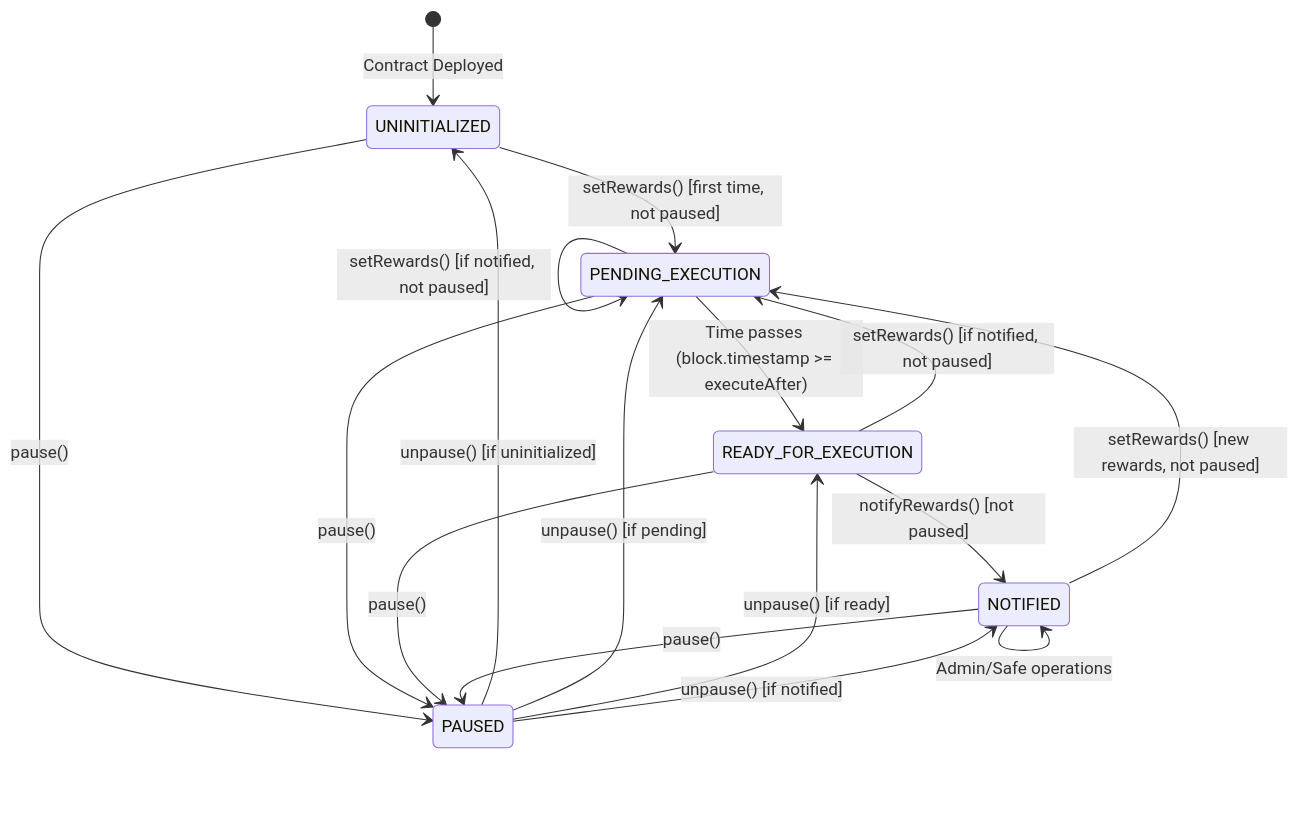
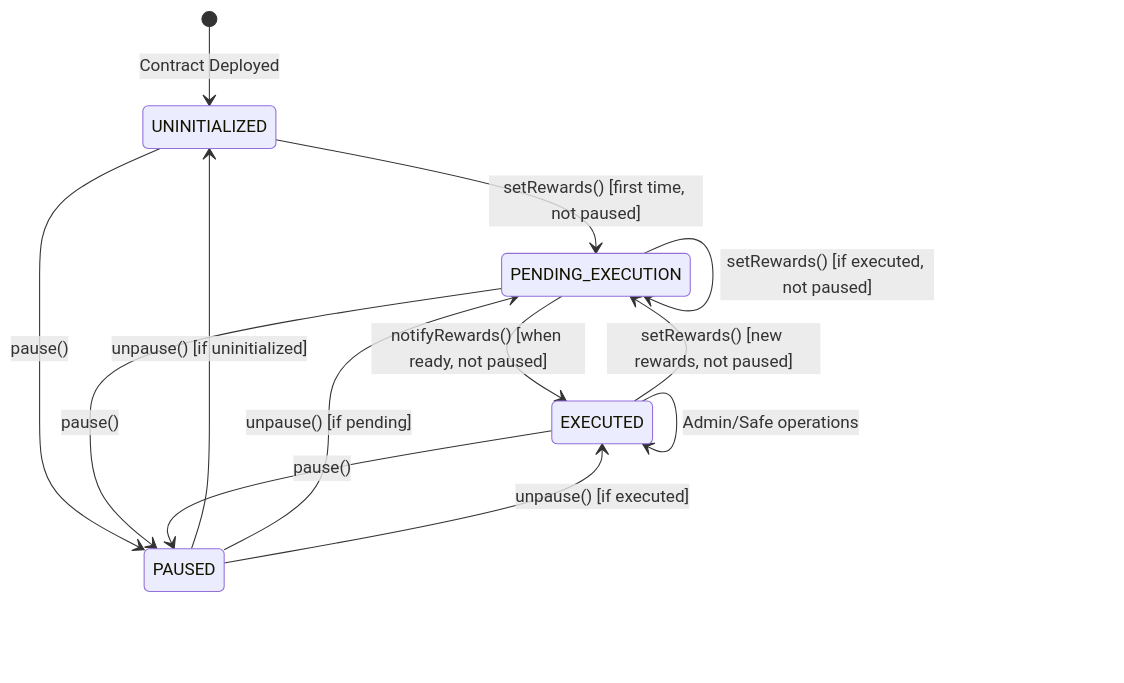
The diagram in docs/RewardsDistributorSafeModule_StateMachine.md (moonwell-fi/mamo-contracts), drawn with Mermaid before and after one commit. The commit also changed other lines of this file and 2 other files, not shown here.

````diff
--- a/docs/RewardsDistributorSafeModule_StateMachine.md
+++ b/docs/RewardsDistributorSafeModule_StateMachine.md
@@ -60,24 +50,19 @@
 ```mermaid
 stateDiagram-v2
     [*] --> UNINITIALIZED : Contract Deployed
     
     UNINITIALIZED --> PENDING_EXECUTION : setRewards() [first time, not paused]
     UNINITIALIZED --> PAUSED : pause()
     
-    PENDING_EXECUTION --> READY_FOR_EXECUTION : Time passes (block.timestamp >= executeAfter)
-    PENDING_EXECUTION --> PENDING_EXECUTION : setRewards() [if notified, not paused]
+    PENDING_EXECUTION --> EXECUTED : notifyRewards() [when ready, not paused]
+    PENDING_EXECUTION --> PENDING_EXECUTION : setRewards() [if executed, not paused]
     PENDING_EXECUTION --> PAUSED : pause()
     
-    READY_FOR_EXECUTION --> NOTIFIED : notifyRewards() [not paused]
-    READY_FOR_EXECUTION --> PENDING_EXECUTION : setRewards() [if notified, not paused]
-    READY_FOR_EXECUTION --> PAUSED : pause()
-    
-    NOTIFIED --> PENDING_EXECUTION : setRewards() [new rewards, not paused]
-    NOTIFIED --> NOTIFIED : Admin/Safe operations
-    NOTIFIED --> PAUSED : pause()
+    EXECUTED --> PENDING_EXECUTION : setRewards() [new rewards, not paused]
+    EXECUTED --> EXECUTED : Admin/Safe operations
+    EXECUTED --> PAUSED : pause()
     
     PAUSED --> UNINITIALIZED : unpause() [if uninitialized]
     PAUSED --> PENDING_EXECUTION : unpause() [if pending]
-    PAUSED --> READY_FOR_EXECUTION : unpause() [if ready]
-    PAUSED --> NOTIFIED : unpause() [if notified]
+    PAUSED --> EXECUTED : unpause() [if executed]
 ```
````
